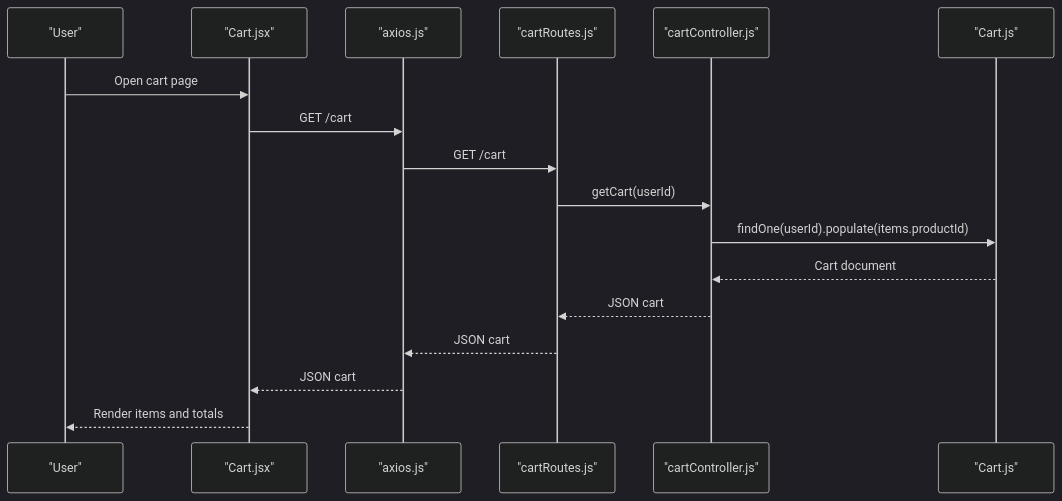
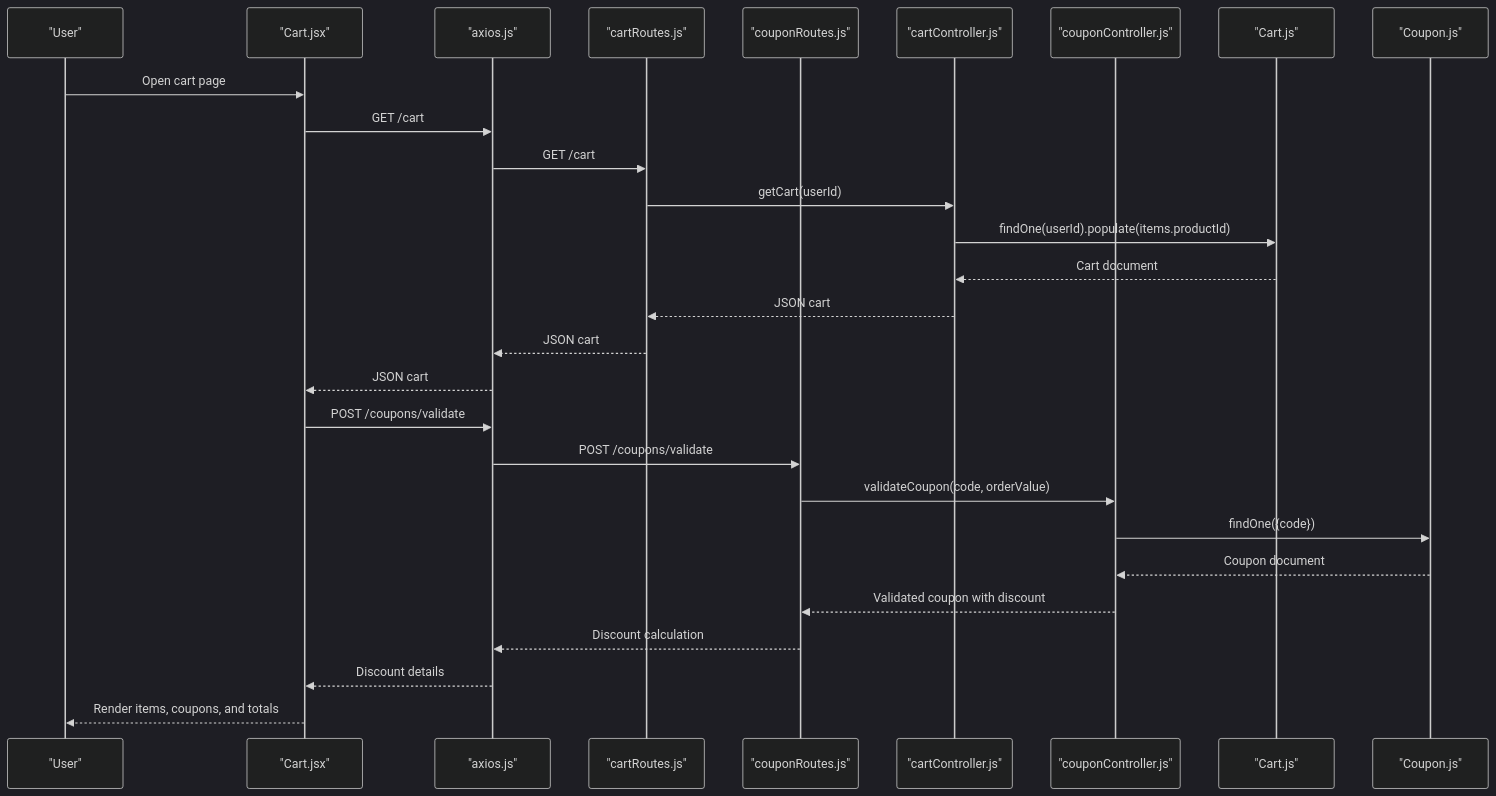
Before and after one commit to Pavan-PSPK9032/TrendsandToss: the second of 11 diagrams in .qoder/repowiki/en/content/Shopping Experience/Shopping Cart Management.md, drawn with Mermaid (dark theme). The commit also changed other lines of this file and 16 other files, not shown here.

````diff
--- a/.qoder/repowiki/en/content/Shopping Experience/Shopping Cart Management.md
+++ b/.qoder/repowiki/en/content/Shopping Experience/Shopping Cart Management.md
@@ -118,19 +152,30 @@
 ```mermaid
 sequenceDiagram
 participant User as "User"
 participant Page as "Cart.jsx"
 participant API as "axios.js"
 participant Routes as "cartRoutes.js"
+participant CouponRoutes as "couponRoutes.js"
 participant Ctrl as "cartController.js"
+participant CouponCtrl as "couponController.js"
 participant Model as "Cart.js"
+participant CouponModel as "Coupon.js"
 User->>Page : Open cart page
 Page->>API : GET /cart
 API->>Routes : GET /cart
 Routes->>Ctrl : getCart(userId)
 Ctrl->>Model : findOne(userId).populate(items.productId)
 Model-->>Ctrl : Cart document
 Ctrl-->>Routes : JSON cart
 Routes-->>API : JSON cart
 API-->>Page : JSON cart
-Page-->>User : Render items and totals
+Page->>API : POST /coupons/validate
+API->>CouponRoutes : POST /coupons/validate
+CouponRoutes->>CouponCtrl : validateCoupon(code, orderValue)
+CouponCtrl->>CouponModel : findOne({code})
+CouponModel-->>CouponCtrl : Coupon document
+CouponCtrl-->>CouponRoutes : Validated coupon with discount
+CouponRoutes-->>API : Discount calculation
+API-->>Page : Discount details
+Page-->>User : Render items, coupons, and totals
 ```
````
